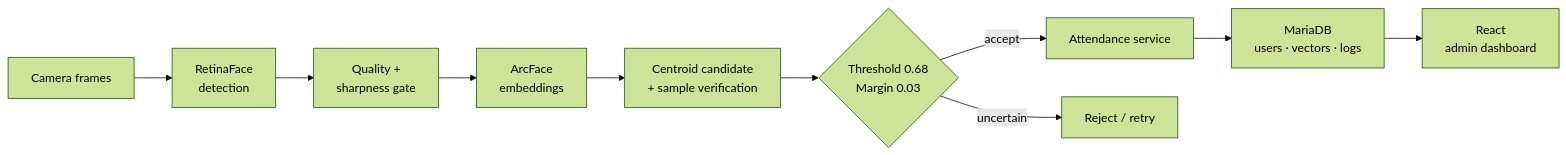
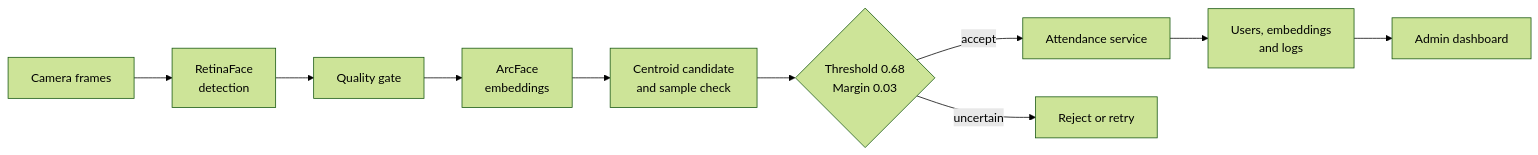
Before and after one commit to yoon-chan-hyeok/face-attendance-system: the diagram in README.md, drawn with Mermaid (forest theme). The commit also changed other lines of this file and 1 other file, not shown here.

````diff
--- a/README.md
+++ b/README.md
@@ -58,12 +28,12 @@
 ```mermaid
 flowchart LR
     C["Camera frames"] --> D["RetinaFace<br/>detection"]
-    D --> Q["Quality +<br/>sharpness gate"]
+    D --> Q["Quality gate"]
     Q --> E["ArcFace<br/>embeddings"]
-    E --> M["Centroid candidate<br/>+ sample verification"]
+    E --> M["Centroid candidate<br/>and sample check"]
     M --> G{"Threshold 0.68<br/>Margin 0.03"}
     G -->|accept| A["Attendance service"]
-    G -->|uncertain| R["Reject / retry"]
-    A --> DB["MariaDB<br/>users · vectors · logs"]
-    DB --> UI["React<br/>admin dashboard"]
+    G -->|uncertain| R["Reject or retry"]
+    A --> DB["Users, embeddings<br/>and logs"]
+    DB --> UI["Admin dashboard"]
 ```
````
